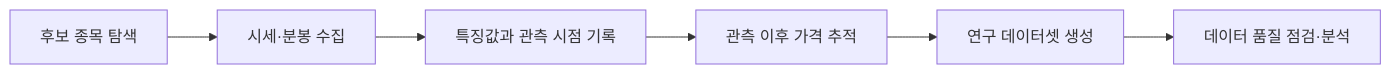
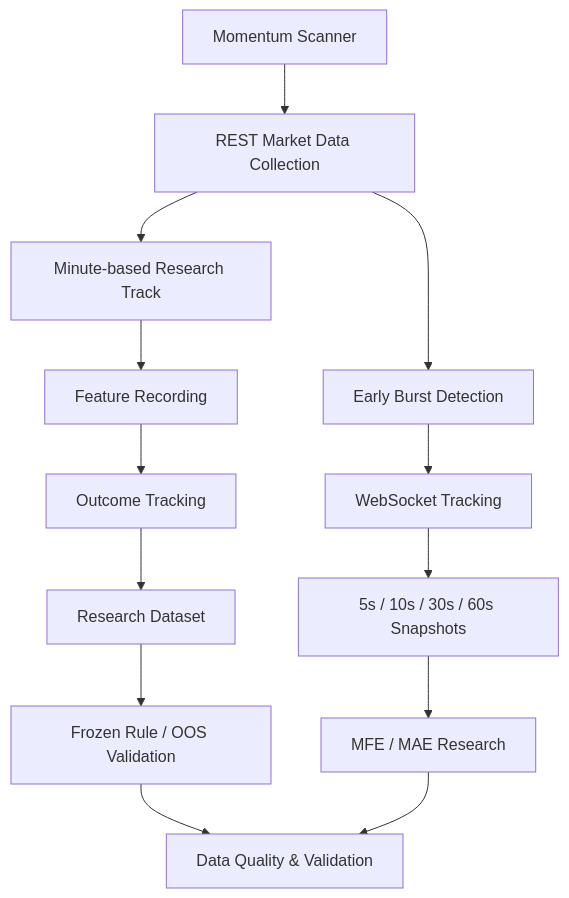
The diagram in README.md (wamoon-code/us-stock-momentum-research), drawn with Mermaid before and after one commit. The commit also changed other lines of this file, not shown here.

````diff
--- a/README.md
+++ b/README.md
@@ -27,8 +48,18 @@
 ```mermaid
-flowchart LR
-    A[후보 종목 탐색] --> B[시세·분봉 수집]
-    B --> C[특징값과 관측 시점 기록]
-    C --> D[관측 이후 가격 추적]
-    D --> E[연구 데이터셋 생성]
-    E --> F[데이터 품질 점검·분석]
+flowchart TD
+    A[Momentum Scanner] --> B[REST Market Data Collection]
+
+    B --> C[Minute-based Research Track]
+    C --> C1[Feature Recording]
+    C1 --> C2[Outcome Tracking]
+    C2 --> C3[Research Dataset]
+    C3 --> C4[Frozen Rule / OOS Validation]
+
+    B --> D[Early Burst Detection]
+    D --> E[WebSocket Tracking]
+    E --> E1[5s / 10s / 30s / 60s Snapshots]
+    E1 --> E2[MFE / MAE Research]
+
+    C4 --> F[Data Quality & Validation]
+    E2 --> F
 ```
````
